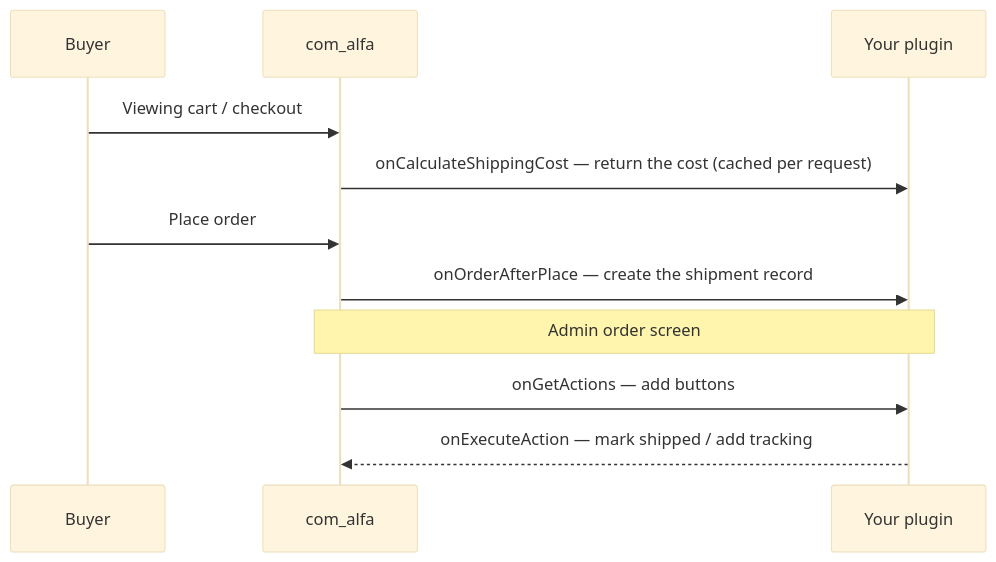
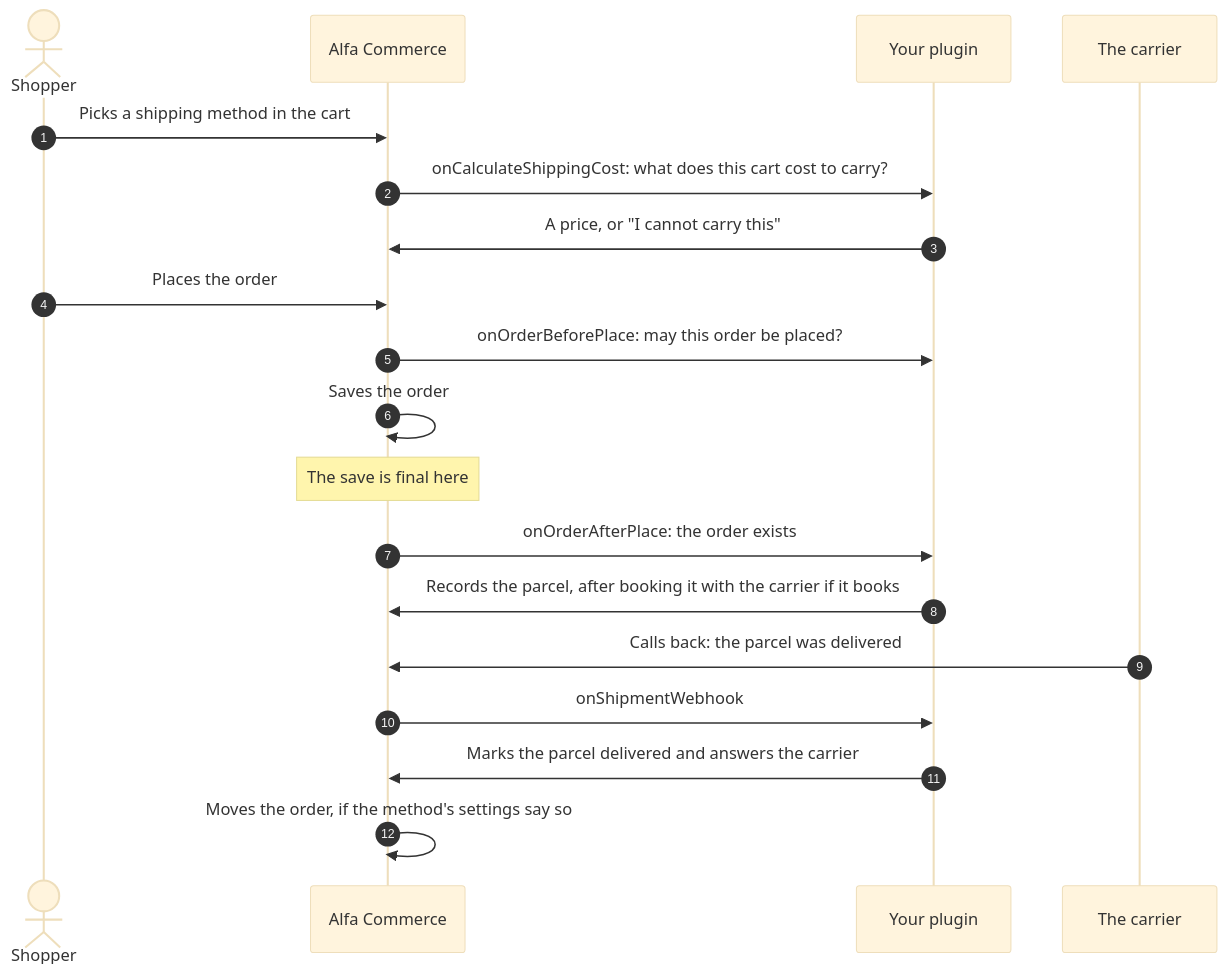
Before and after one commit to Easylogic-CO-LP/Alfa-Commerce-Manual: the diagram in docs/plugins/shipment-plugins.md, drawn with Mermaid (base theme). The commit also changed other lines of this file and 11 other files, not shown here.

````diff
--- a/docs/plugins/shipment-plugins.md
+++ b/docs/plugins/shipment-plugins.md
@@ -18,13 +45,21 @@
 ```mermaid
 sequenceDiagram
-    participant B as Buyer
-    participant C as com_alfa
+    autonumber
+    actor Shopper
+    participant Alfa as Alfa Commerce
     participant P as Your plugin
-    B->>C: Viewing cart / checkout
-    C->>P: onCalculateShippingCost — return the cost (cached per request)
-    B->>C: Place order
-    C->>P: onOrderAfterPlace — create the shipment record
-    Note over C,P: Admin order screen
-    C->>P: onGetActions — add buttons
-    P-->>C: onExecuteAction — mark shipped / add tracking
+    participant C as The carrier
+    Shopper->>Alfa: Picks a shipping method in the cart
+    Alfa->>P: onCalculateShippingCost: what does this cart cost to carry?
+    P->>Alfa: A price, or "I cannot carry this"
+    Shopper->>Alfa: Places the order
+    Alfa->>P: onOrderBeforePlace: may this order be placed?
+    Alfa->>Alfa: Saves the order
+    Note over Alfa: The save is final here
+    Alfa->>P: onOrderAfterPlace: the order exists
+    P->>Alfa: Records the parcel, after booking it with the carrier if it books
+    C->>Alfa: Calls back: the parcel was delivered
+    Alfa->>P: onShipmentWebhook
+    P->>Alfa: Marks the parcel delivered and answers the carrier
+    Alfa->>Alfa: Moves the order, if the method's settings say so
 ```
````
